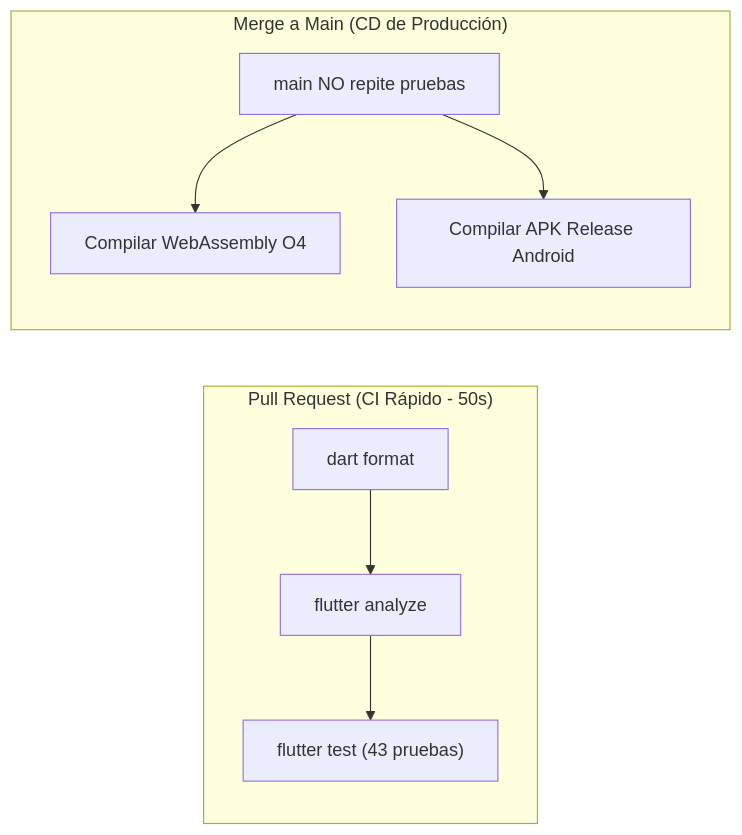
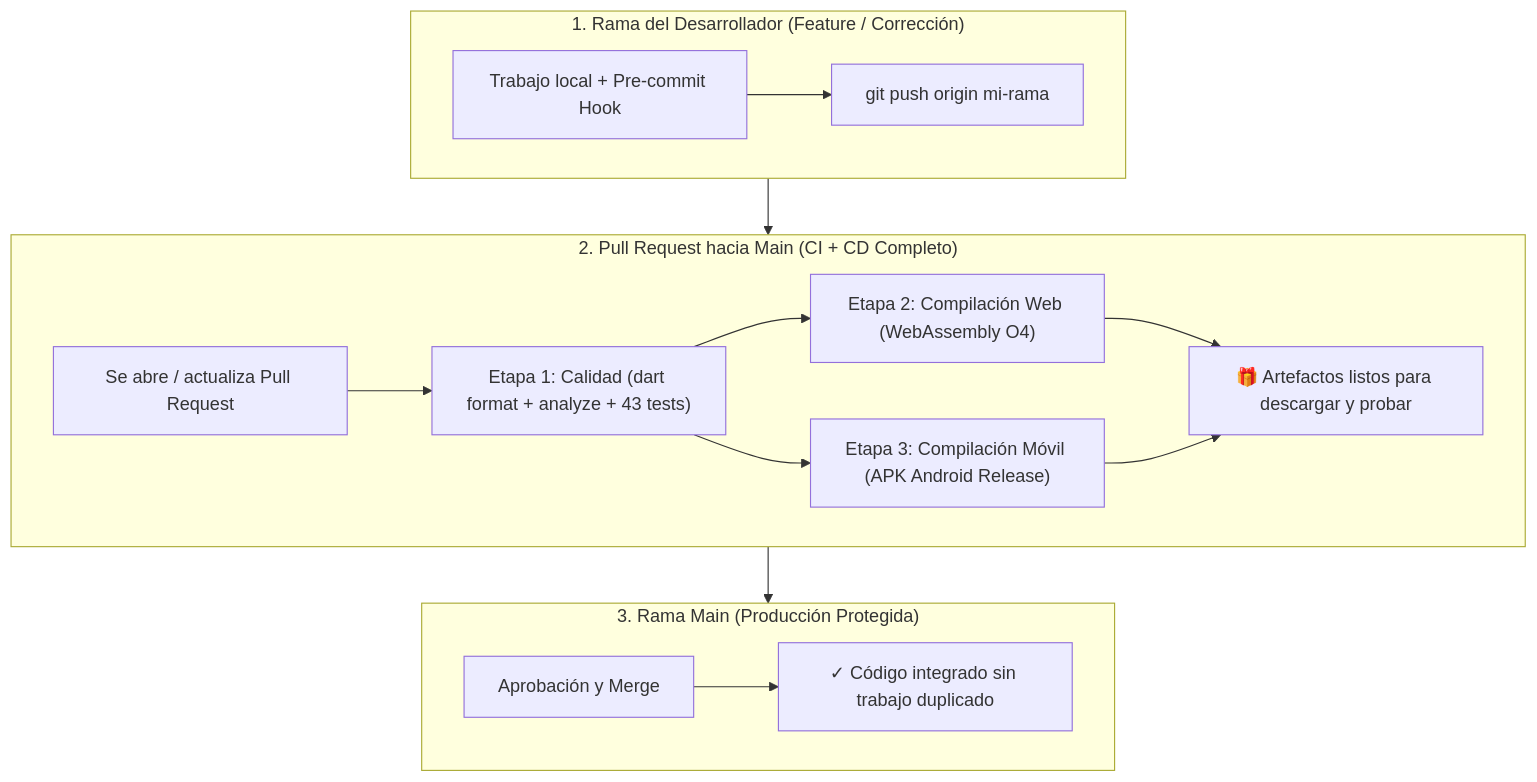
One commit to Isabelopez02/safari-world changed the second of 2 diagrams in README.md. Above: the diagram before and after it, drawn with Mermaid. The commit also changed other lines of this file and 1 other file, not shown here.

Commit message:
fix: protecciond e la rama main

````diff
--- a/README.md
+++ b/README.md
@@ -121,11 +123,21 @@
 ```mermaid
-flowchart LR
-    subgraph PR ["Pull Request (CI Rápido - 50s)"]
-        PR1["dart format"] --> PR2["flutter analyze"] --> PR3["flutter test (43 pruebas)"]
+flowchart TD
+    subgraph Dev ["1. Rama del Desarrollador (Feature / Corrección)"]
+        D1["Trabajo local + Pre-commit Hook"] --> D2["git push origin mi-rama"]
     end
 
-    subgraph Main ["Merge a Main (CD de Producción)"]
-        M1["main NO repite pruebas"] --> M2["Compilar WebAssembly O4"]
-        M1 --> M3["Compilar APK Release Android"]
+    subgraph PR ["2. Pull Request hacia Main (CI + CD Completo)"]
+        PR1["Se abre / actualiza Pull Request"] --> PR2["Etapa 1: Calidad (dart format + analyze + 43 tests)"]
+        PR2 --> PR3["Etapa 2: Compilación Web (WebAssembly O4)"]
+        PR2 --> PR4["Etapa 3: Compilación Móvil (APK Android Release)"]
+        PR3 --> PR5["🎁 Artefactos listos para descargar y probar"]
+        PR4 --> PR5
     end
+
+    subgraph Main ["3. Rama Main (Producción Protegida)"]
+        M1["Aprobación y Merge"] --> M2["✓ Código integrado sin trabajo duplicado"]
+    end
+
+    Dev --> PR
+    PR --> Main
 ```
````
